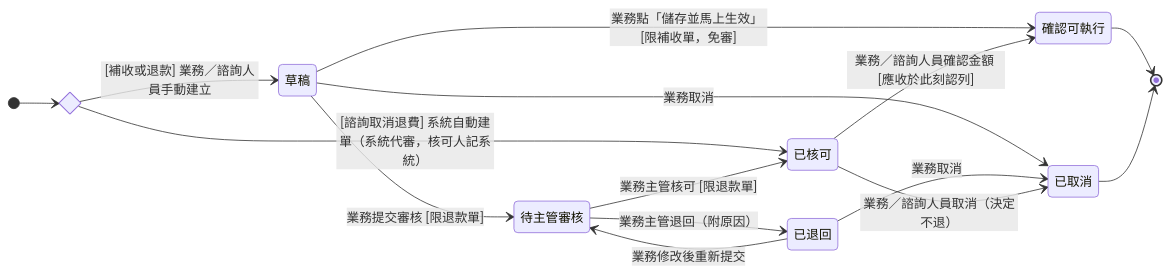
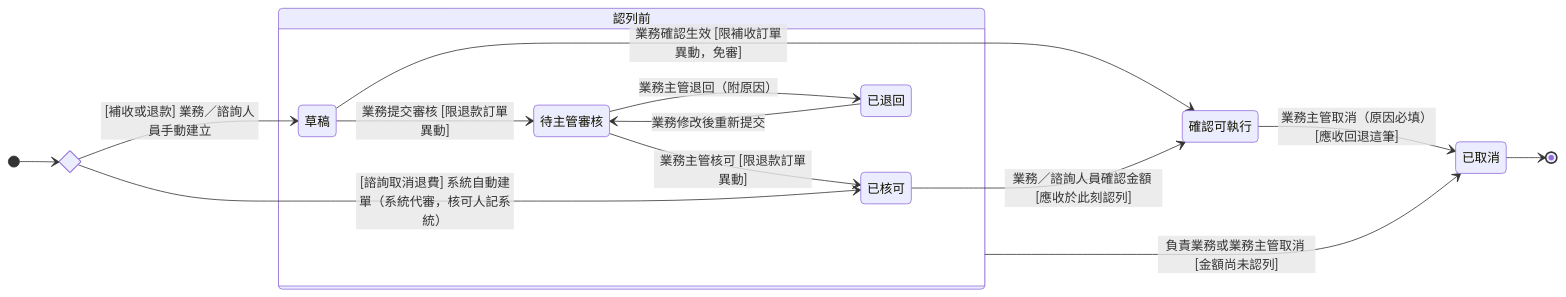
The diagram in memory/Sens_wiki/wiki/erp/06-state-machines/訂單異動狀態.md (Kawato-Miles/erp-spec), drawn with Mermaid before and after one commit. The commit also changed other lines of this file and 30 other files, not shown here.

````diff
--- a/memory/Sens_wiki/wiki/erp/06-state-machines/訂單異動狀態.md
+++ b/memory/Sens_wiki/wiki/erp/06-state-machines/訂單異動狀態.md
@@ -37,30 +36,33 @@
 ```mermaid
 stateDiagram-v2
     direction LR
 
     state c_create <<choice>>
     [*] --> c_create
 
-    state "草稿" as s_draft
-    state "待主管審核" as s_pending
-    state "已核可" as s_approved
-    state "已退回" as s_returned
+    state "認列前" as g_pre {
+        state "草稿" as s_draft
+        state "待主管審核" as s_pending
+        state "已核可" as s_approved
+        state "已退回" as s_returned
+
+        s_draft --> s_pending : 業務提交審核 [限退款訂單異動]
+        s_pending --> s_approved : 業務主管核可 [限退款訂單異動]
+        s_pending --> s_returned : 業務主管退回（附原因）
+        s_returned --> s_pending : 業務修改後重新提交
+    }
+
     state "確認可執行" as s_executed
     state "已取消" as s_cancelled
 
     c_create --> s_draft : [補收或退款] 業務／諮詢人員手動建立
     c_create --> s_approved : [諮詢取消退費] 系統自動建單（系統代審，核可人記系統）
 
-    s_draft --> s_pending : 業務提交審核 [限退款單]
-    s_draft --> s_executed : 業務點「儲存並馬上生效」 [限補收單，免審]
-    s_draft --> s_cancelled : 業務取消
-    s_pending --> s_approved : 業務主管核可 [限退款單]
-    s_pending --> s_returned : 業務主管退回（附原因）
-    s_returned --> s_pending : 業務修改後重新提交
-    s_returned --> s_cancelled : 業務取消
+    s_draft --> s_executed : 業務確認生效 [限補收訂單異動，免審]
     s_approved --> s_executed : 業務／諮詢人員確認金額 [應收於此刻認列]
-    s_approved --> s_cancelled : 業務／諮詢人員取消（決定不退）
 
-    s_executed --> [*]
+    g_pre --> s_cancelled : 負責業務或業務主管取消 [金額尚未認列]
+    s_executed --> s_cancelled : 業務主管取消（原因必填）[應收回退這筆]
+
     s_cancelled --> [*]
 ```
````
